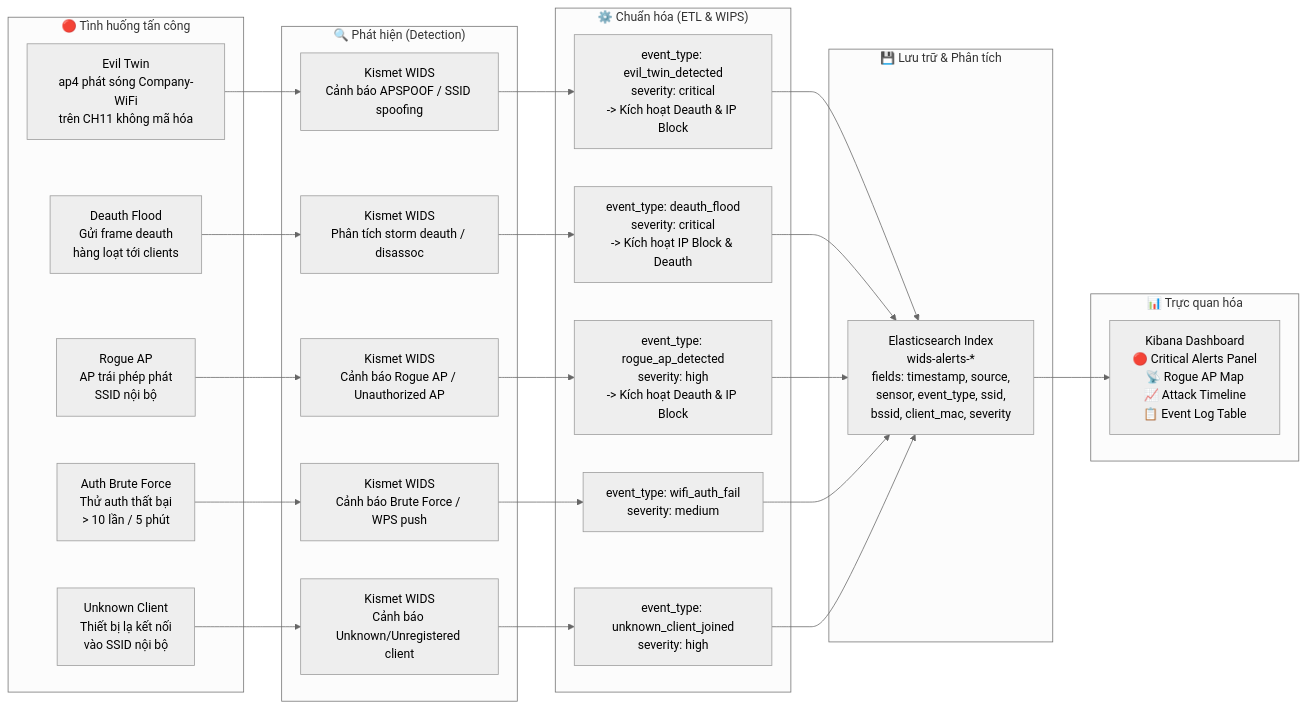
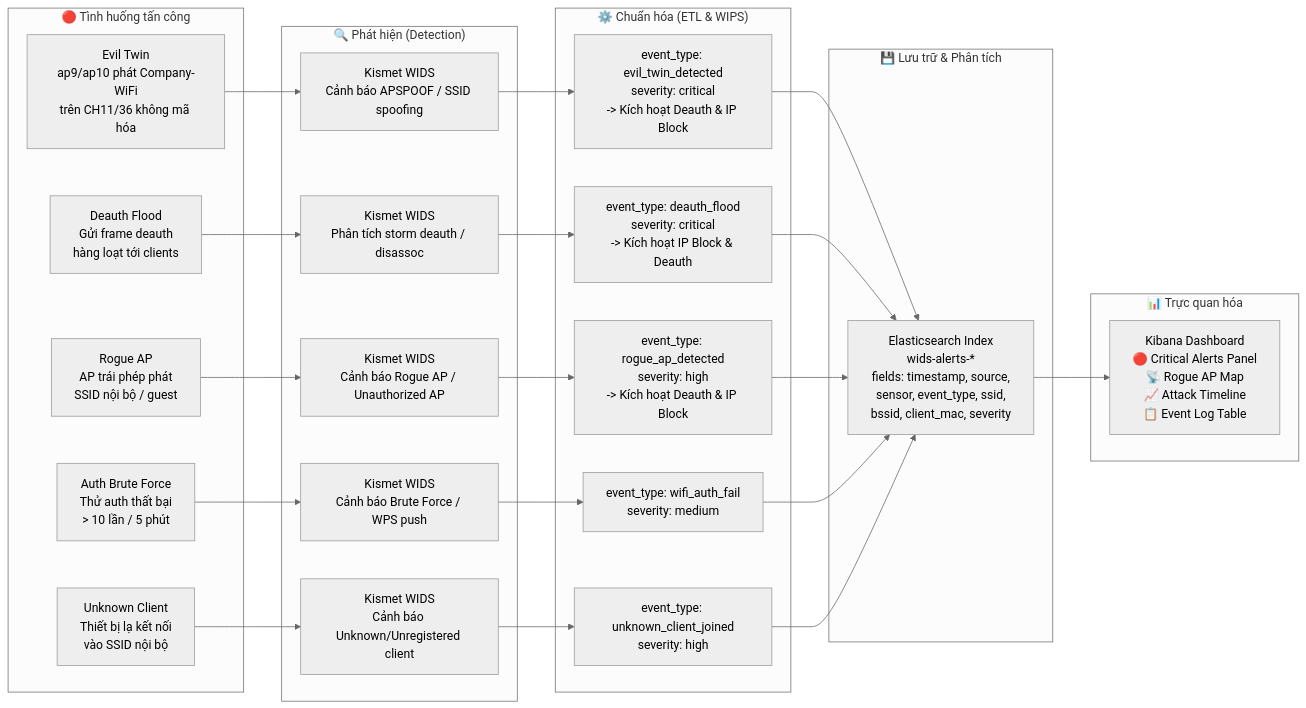
One commit to ph4n10m1808/wireless-mobile-network-security-project changed the third of 7 diagrams in DATA_FLOW.md. Above: the diagram before and after it, drawn with Mermaid (neutral theme). The commit also changed other lines of this file and 8 other files, not shown here.

````diff
--- a/DATA_FLOW.md
+++ b/DATA_FLOW.md
@@ -113,41 +113,41 @@
 ```mermaid
 flowchart LR
     subgraph ATTACK["🔴 Tình huống tấn công"]
-        A1["Evil Twin\nap4 phát sóng Company-WiFi\ntrên CH11 không mã hóa"]
+        A1["Evil Twin\nap9/ap10 phát Company-WiFi\ntrên CH11/36 không mã hóa"]
         A2["Deauth Flood\nGửi frame deauth\nhàng loạt tới clients"]
-        A3["Rogue AP\nAP trái phép phát\nSSID nội bộ"]
+        A3["Rogue AP\nAP trái phép phát\nSSID nội bộ / guest"]
         A4["Auth Brute Force\nThử auth thất bại\n> 10 lần / 5 phút"]
         A5["Unknown Client\nThiết bị lạ kết nối\nvào SSID nội bộ"]
     end
 
     subgraph DETECT["🔍 Phát hiện (Detection)"]
         D1["Kismet WIDS\nCảnh báo APSPOOF / SSID spoofing"]
         D2["Kismet WIDS\nPhân tích storm deauth / disassoc"]
         D3["Kismet WIDS\nCảnh báo Rogue AP / Unauthorized AP"]
         D4["Kismet WIDS\nCảnh báo Brute Force / WPS push"]
         D5["Kismet WIDS\nCảnh báo Unknown/Unregistered client"]
     end
 
     subgraph NORMALIZE["⚙️ Chuẩn hóa (ETL & WIPS)"]
         N1["event_type: evil_twin_detected\nseverity: critical\n-> Kích hoạt Deauth & IP Block"]
         N2["event_type: deauth_flood\nseverity: critical\n-> Kích hoạt IP Block & Deauth"]
         N3["event_type: rogue_ap_detected\nseverity: high\n-> Kích hoạt Deauth & IP Block"]
         N4["event_type: wifi_auth_fail\nseverity: medium"]
         N5["event_type: unknown_client_joined\nseverity: high"]
     end
 
     subgraph STORE["💾 Lưu trữ & Phân tích"]
         ES2["Elasticsearch Index\nwids-alerts-*\nfields: timestamp, source,\nsensor, event_type, ssid,\nbssid, client_mac, severity"]
     end
 
     subgraph VISUALIZE["📊 Trực quan hóa"]
         KB2["Kibana Dashboard\n🔴 Critical Alerts Panel\n📡 Rogue AP Map\n📈 Attack Timeline\n📋 Event Log Table"]
     end
 
     A1 --> D1 --> N1
     A2 --> D2 --> N2
     A3 --> D3 --> N3
     A4 --> D4 --> N4
     A5 --> D5 --> N5
     N1 & N2 & N3 & N4 & N5 --> ES2 --> KB2
 ```
````
